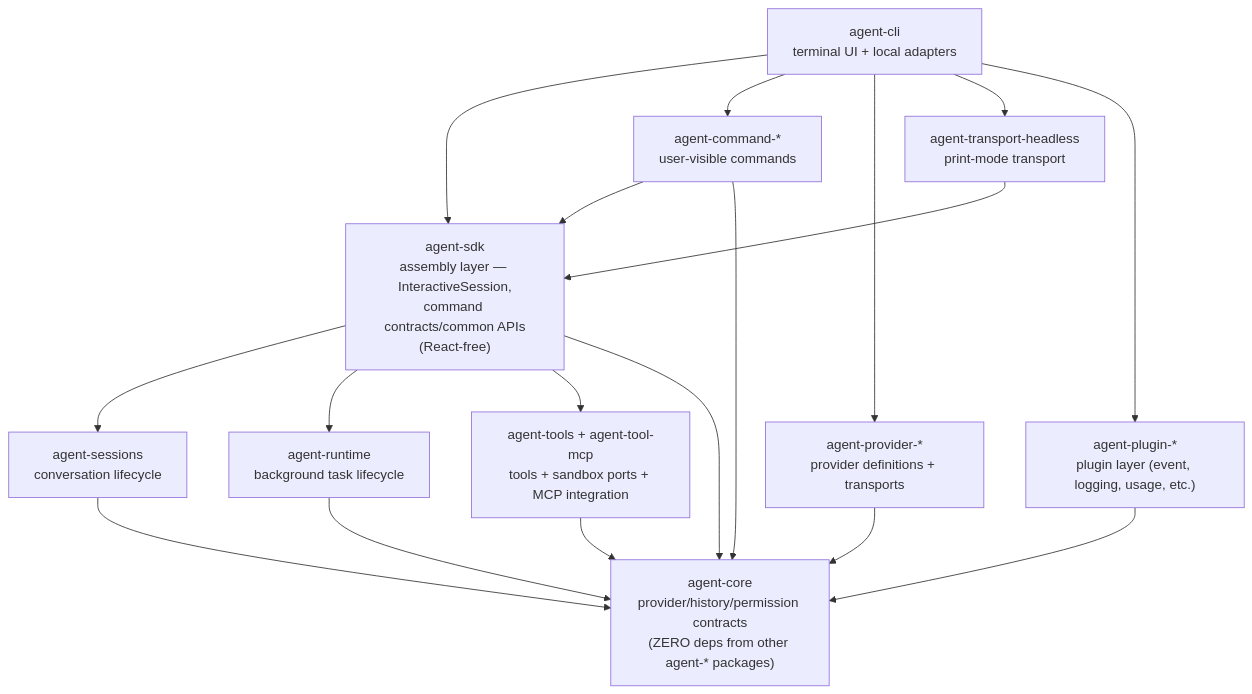
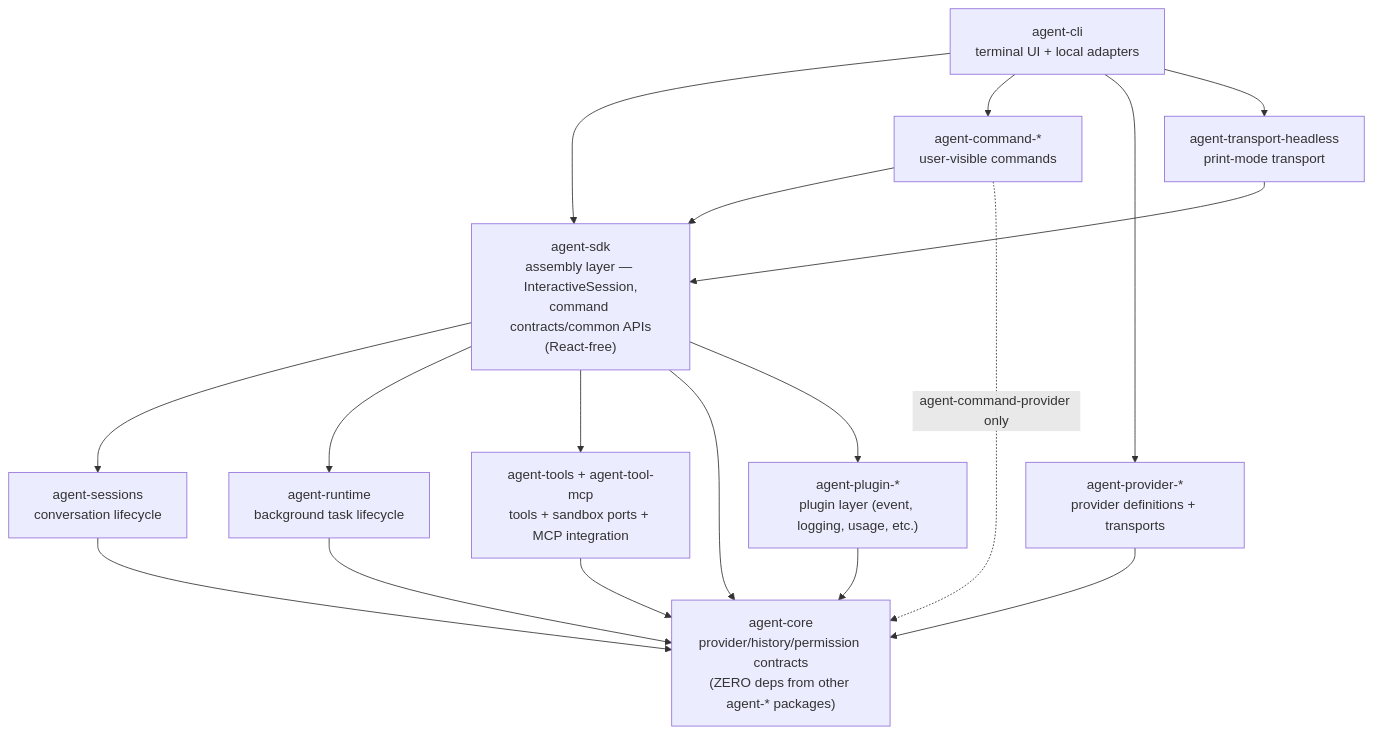
The first of 2 diagrams in .agents/specs/architecture-map/agent-system.md (woojubb/robota), drawn with Mermaid before and after one commit. The commit also changed other lines of this file and 17 other files, not shown here.

````diff
--- a/.agents/specs/architecture-map/agent-system.md
+++ b/.agents/specs/architecture-map/agent-system.md
@@ -13,31 +13,32 @@
 ```mermaid
 flowchart TD
   AgentCLI["agent-cli\nterminal UI + local adapters"]
   Headless["agent-transport-headless\nprint-mode transport"]
   Commands["agent-command-*\nuser-visible commands"]
   SDK["agent-sdk\nassembly layer — InteractiveSession,\ncommand contracts/common APIs\n(React-free)"]
   Sessions["agent-sessions\nconversation lifecycle"]
   Runtime["agent-runtime\nbackground task lifecycle"]
   Tools["agent-tools + agent-tool-mcp\ntools + sandbox ports + MCP integration"]
   Core["agent-core\nprovider/history/permission contracts\n(ZERO deps from other agent-* packages)"]
   Providers["agent-provider-*\nprovider definitions + transports"]
   Plugins["agent-plugin-*\nplugin layer (event, logging, usage, etc.)"]
 
   AgentCLI --> SDK
   AgentCLI --> Commands
   AgentCLI --> Providers
   AgentCLI --> Headless
-  AgentCLI --> Plugins
   Headless --> SDK
   Commands --> SDK
-  Commands --> Core
+  %% Only agent-command-provider has a direct agent-core dependency; other command packages use SDK APIs only
+  Commands -. "agent-command-provider only" .-> Core
   SDK --> Sessions
   SDK --> Runtime
   SDK --> Tools
   SDK --> Core
+  SDK --> Plugins
   Providers --> Core
   Sessions --> Core
   Runtime --> Core
   Tools --> Core
   Plugins --> Core
 ```
````
